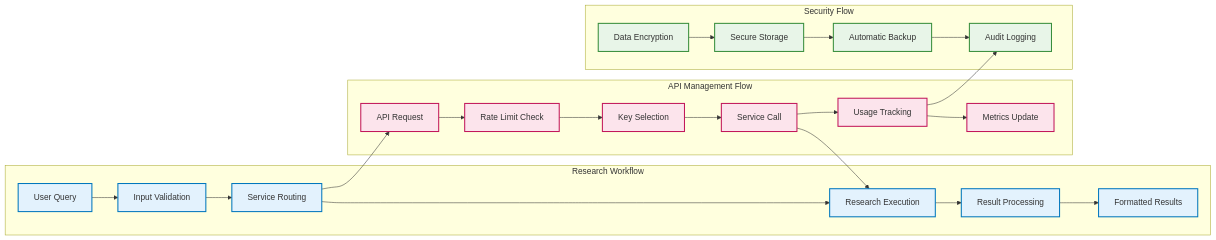
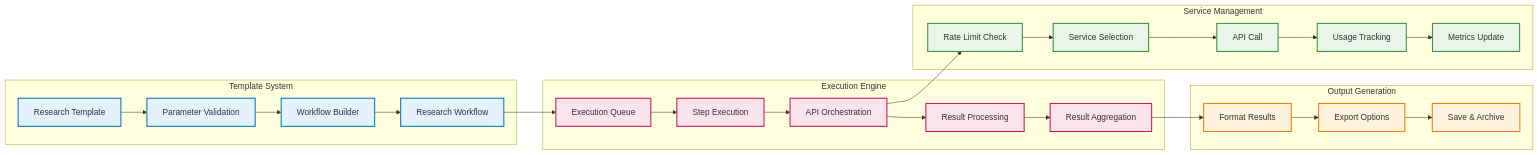
One commit to usemanusai/free-deep-research changed the second of 2 diagrams in bmad-agent/free-deep-research/README.md. Above: the diagram before and after it, drawn with Mermaid. The commit also changed other lines of this file and 1 other file, not shown here.

First line of the commit message:
feat: add comprehensive README with architecture diagrams and usage examples

````diff
--- a/bmad-agent/free-deep-research/README.md
+++ b/bmad-agent/free-deep-research/README.md
@@ -173,37 +164,40 @@
 ```mermaid
 flowchart LR
-    subgraph "Research Workflow"
-        INPUT[User Query] --> VALIDATE[Input Validation]
-        VALIDATE --> ROUTE[Service Routing]
-        ROUTE --> EXECUTE[Research Execution]
-        EXECUTE --> PROCESS[Result Processing]
-        PROCESS --> OUTPUT[Formatted Results]
+    subgraph "Template System"
+        TEMPLATE[Research Template] --> PARAMS[Parameter Validation]
+        PARAMS --> BUILDER[Workflow Builder]
+        BUILDER --> WORKFLOW[Research Workflow]
     end
 
-    subgraph "API Management Flow"
-        REQUEST[API Request] --> CHECK[Rate Limit Check]
-        CHECK --> SELECT[Key Selection]
-        SELECT --> CALL[Service Call]
-        CALL --> TRACK[Usage Tracking]
-        TRACK --> UPDATE[Metrics Update]
+    subgraph "Execution Engine"
+        WORKFLOW --> QUEUE[Execution Queue]
+        QUEUE --> STEP[Step Execution]
+        STEP --> API[API Orchestration]
+        API --> PROCESS[Result Processing]
+        PROCESS --> AGGREGATE[Result Aggregation]
     end
 
-    subgraph "Security Flow"
-        ENCRYPT[Data Encryption] --> STORE[Secure Storage]
-        STORE --> BACKUP[Automatic Backup]
-        BACKUP --> AUDIT[Audit Logging]
+    subgraph "Service Management"
+        API --> RATE[Rate Limit Check]
+        RATE --> SELECT[Service Selection]
+        SELECT --> CALL[API Call]
+        CALL --> TRACK[Usage Tracking]
+        TRACK --> METRICS[Metrics Update]
     end
 
-    %% Cross-flow connections
-    ROUTE --> REQUEST
-    CALL --> EXECUTE
-    TRACK --> AUDIT
+    subgraph "Output Generation"
+        AGGREGATE --> FORMAT[Format Results]
+        FORMAT --> EXPORT[Export Options]
+        EXPORT --> SAVE[Save & Archive]
+    end
 
-    classDef research fill:#e3f2fd,stroke:#0277bd,stroke-width:2px
-    classDef api fill:#fce4ec,stroke:#c2185b,stroke-width:2px
-    classDef security fill:#e8f5e8,stroke:#388e3c,stroke-width:2px
+    classDef template fill:#e3f2fd,stroke:#0277bd,stroke-width:2px
+    classDef execution fill:#fce4ec,stroke:#c2185b,stroke-width:2px
+    classDef service fill:#e8f5e8,stroke:#388e3c,stroke-width:2px
+    classDef output fill:#fff3e0,stroke:#f57c00,stroke-width:2px
 
-    class INPUT,VALIDATE,ROUTE,EXECUTE,PROCESS,OUTPUT research
-    class REQUEST,CHECK,SELECT,CALL,TRACK,UPDATE api
-    class ENCRYPT,STORE,BACKUP,AUDIT security
+    class TEMPLATE,PARAMS,BUILDER,WORKFLOW template
+    class QUEUE,STEP,API,PROCESS,AGGREGATE execution
+    class RATE,SELECT,CALL,TRACK,METRICS service
+    class FORMAT,EXPORT,SAVE output
 ```
````
